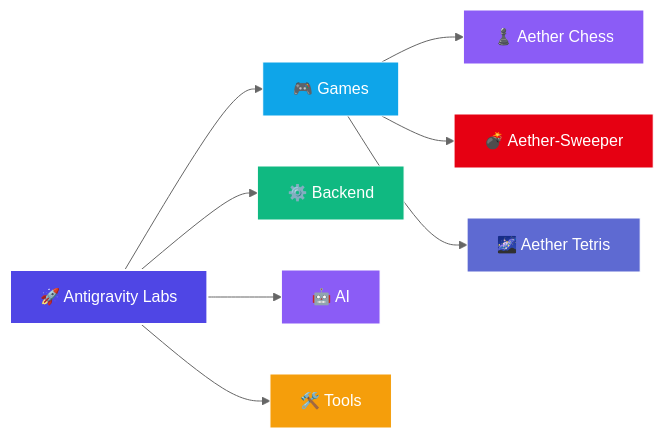
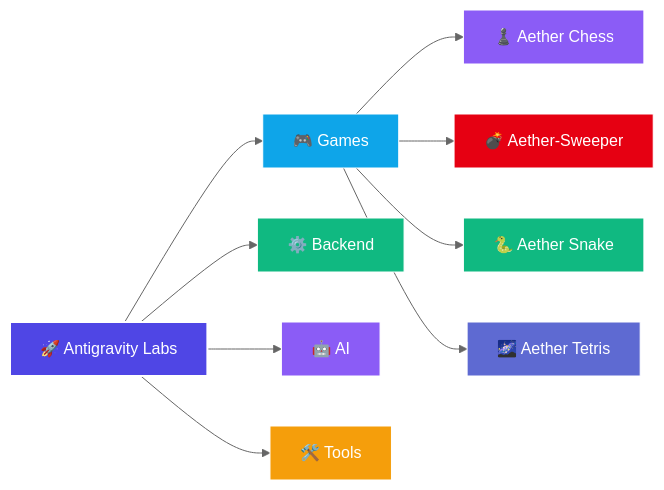
Before and after one commit to Leturnos/antigravity-labs: the diagram in README.md, drawn with Mermaid (neutral theme). The commit also changed other lines of this file and 1 other file, not shown here.

Commit message:
docs(snake): add system explanation and update readme

````diff
--- a/README.md
+++ b/README.md
@@ -26,22 +27,24 @@
 ```mermaid
 flowchart LR
     Root["🚀 Antigravity Labs"]
 
     Root --> Games["🎮 Games"]
     Root --> Backend["⚙️ Backend"]
     Root --> AI["🤖 AI"]
     Root --> Tools["🛠️ Tools"]
 
     Games --> Chess["♟️ Aether Chess"]
     Games --> Sweeper["💣 Aether-Sweeper"]
+    Games --> Snake["🐍 Aether Snake"]
     Games --> Tetris["🌌 Aether Tetris"]
 
     style Root fill:#4f46e5,stroke:#fff,stroke-width:2px,color:#fff
     style Games fill:#0ea5e9,stroke:#fff,stroke-width:1px,color:#fff
     style Backend fill:#10b981,stroke:#fff,stroke-width:1px,color:#fff
     style AI fill:#8b5cf6,stroke:#fff,stroke-width:1px,color:#fff
     style Tools fill:#f59e0b,stroke:#fff,stroke-width:1px,color:#fff
     style Chess fill:#8b5cf6,stroke:#fff,stroke-width:1px,color:#fff
     style Sweeper fill:#e60012,stroke:#fff,stroke-width:1px,color:#fff
+    style Snake fill:#10b981,stroke:#fff,stroke-width:1px,color:#fff
     style Tetris fill:#5e6ad2,stroke:#fff,stroke-width:1px,color:#fff
 ```
````
